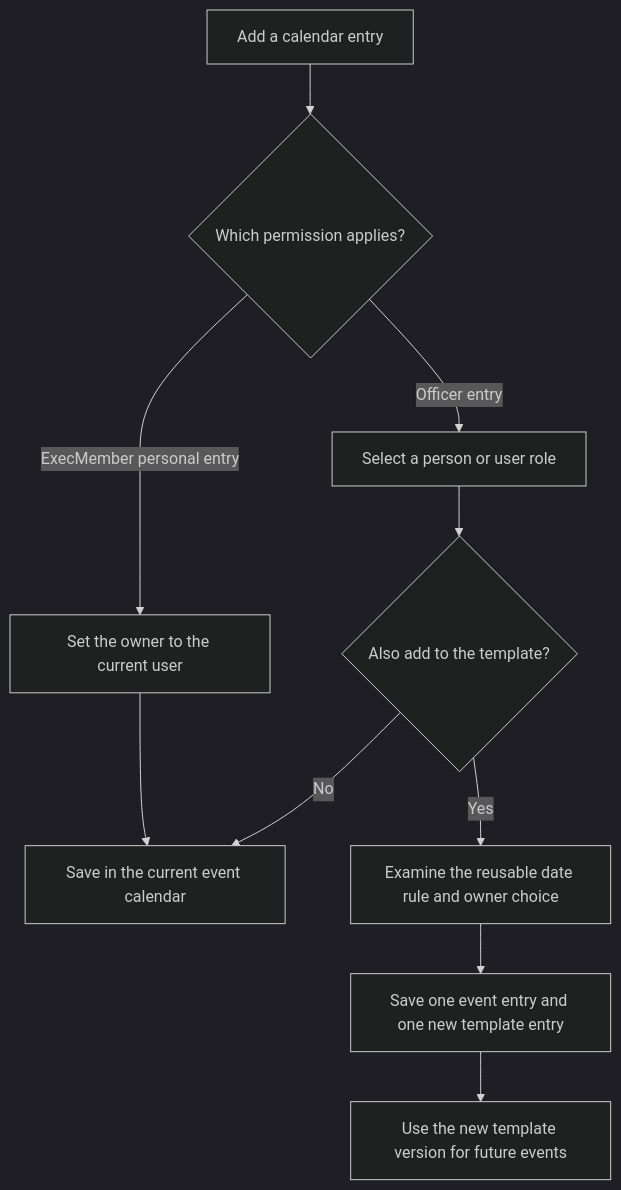
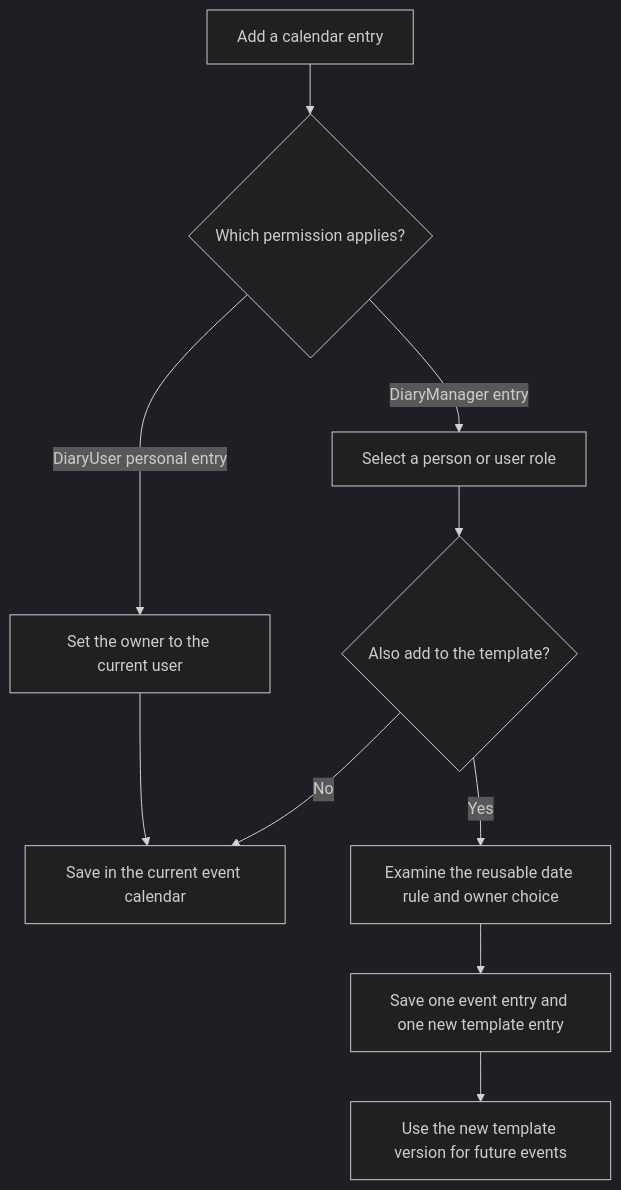
One commit to TonyFlury/GarageSale changed diagram 13 of 14 in docs/design/event-calendar.md. Above: the diagram before and after it, drawn with Mermaid (dark theme). The commit also changed other lines of this file and 1 other file, not shown here.

Commit message:
docs: define configurable Diary roles and host-controlled instance access

````diff
--- a/docs/design/event-calendar.md
+++ b/docs/design/event-calendar.md
@@ -756,12 +786,12 @@
 ```mermaid
 flowchart TD
     A[Add a calendar entry] --> B{Which permission applies?}
-    B -->|ExecMember personal entry| C[Set the owner to the current user]
-    B -->|Officer entry| D[Select a person or user role]
+    B -->|DiaryUser personal entry| C[Set the owner to the current user]
+    B -->|DiaryManager entry| D[Select a person or user role]
     C --> E[Save in the current event calendar]
     D --> F{Also add to the template?}
     F -->|No| E
     F -->|Yes| G[Examine the reusable date rule and owner choice]
     G --> H[Save one event entry and one new template entry]
     H --> I[Use the new template version for future events]
 ```
````
